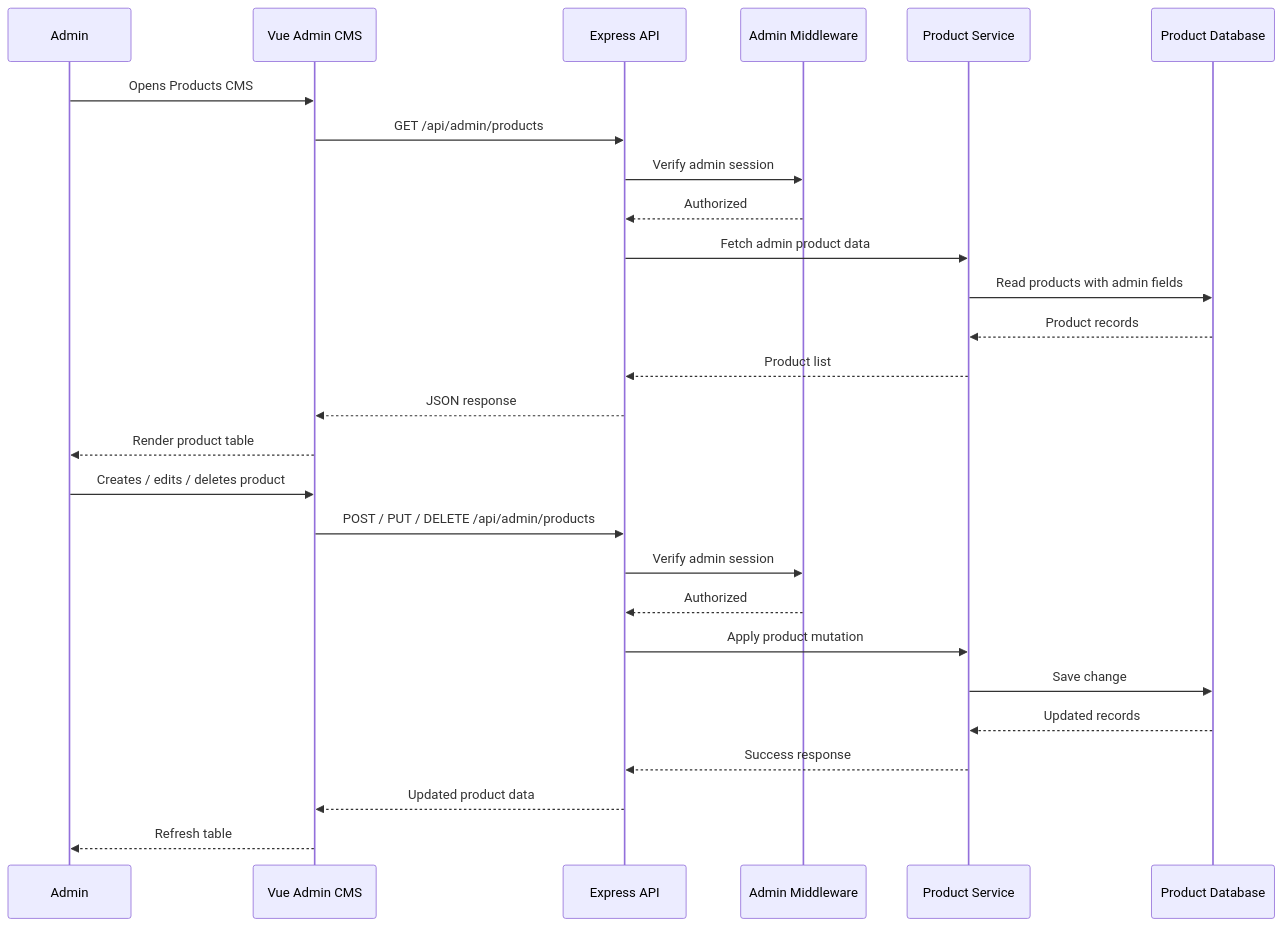
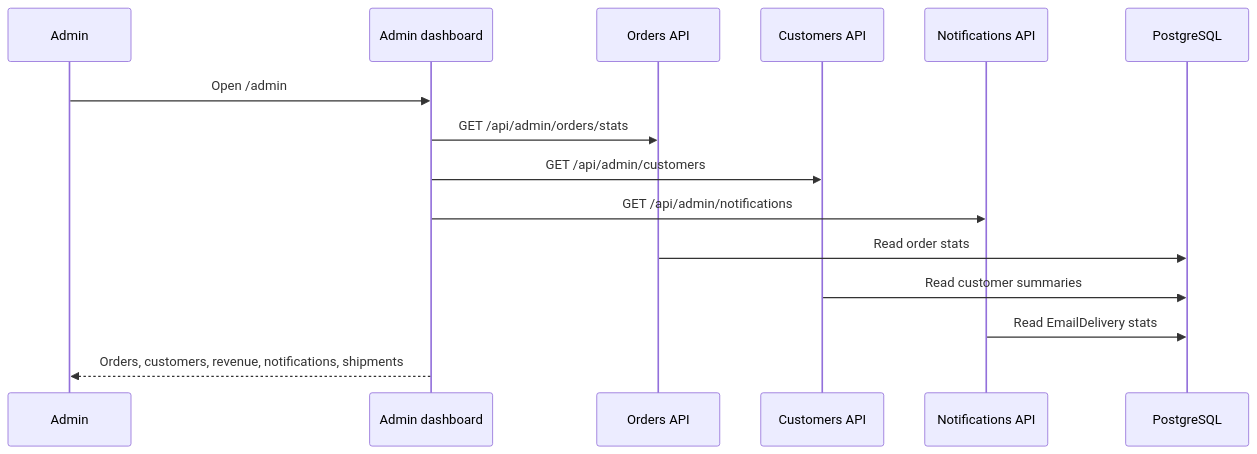
One commit to alvarezaaronAI/doggy-ent changed the fourth of 4 diagrams in doggy_ent_vue/docs/architecture/mockdiagram.md. Above: the diagram before and after it, drawn with Mermaid. The commit also changed other lines of this file and 73 other files, not shown here.

Commit message:
Refine checkout and admin flows

````diff
--- a/doggy_ent_vue/docs/architecture/mockdiagram.md
+++ b/doggy_ent_vue/docs/architecture/mockdiagram.md
@@ -175,31 +138,18 @@
 ```mermaid
 sequenceDiagram
   participant Admin
-  participant CMS as Vue Admin CMS
-  participant API as Express API
-  participant Auth as Admin Middleware
-  participant Service as Product Service
-  participant DB as Product Database
+  participant Dashboard as Admin dashboard
+  participant OrdersAPI as Orders API
+  participant CustomersAPI as Customers API
+  participant NotificationsAPI as Notifications API
+  participant DB as PostgreSQL
 
-  Admin->>CMS: Opens Products CMS
-  CMS->>API: GET /api/admin/products
-  API->>Auth: Verify admin session
-  Auth-->>API: Authorized
-  API->>Service: Fetch admin product data
-  Service->>DB: Read products with admin fields
-  DB-->>Service: Product records
-  Service-->>API: Product list
-  API-->>CMS: JSON response
-  CMS-->>Admin: Render product table
-
-  Admin->>CMS: Creates / edits / deletes product
-  CMS->>API: POST / PUT / DELETE /api/admin/products
-  API->>Auth: Verify admin session
-  Auth-->>API: Authorized
-  API->>Service: Apply product mutation
-  Service->>DB: Save change
-  DB-->>Service: Updated records
-  Service-->>API: Success response
-  API-->>CMS: Updated product data
-  CMS-->>Admin: Refresh table
+  Admin->>Dashboard: Open /admin
+  Dashboard->>OrdersAPI: GET /api/admin/orders/stats
+  Dashboard->>CustomersAPI: GET /api/admin/customers
+  Dashboard->>NotificationsAPI: GET /api/admin/notifications
+  OrdersAPI->>DB: Read order stats
+  CustomersAPI->>DB: Read customer summaries
+  NotificationsAPI->>DB: Read EmailDelivery stats
+  Dashboard-->>Admin: Orders, customers, revenue, notifications, shipments
 ```
````
